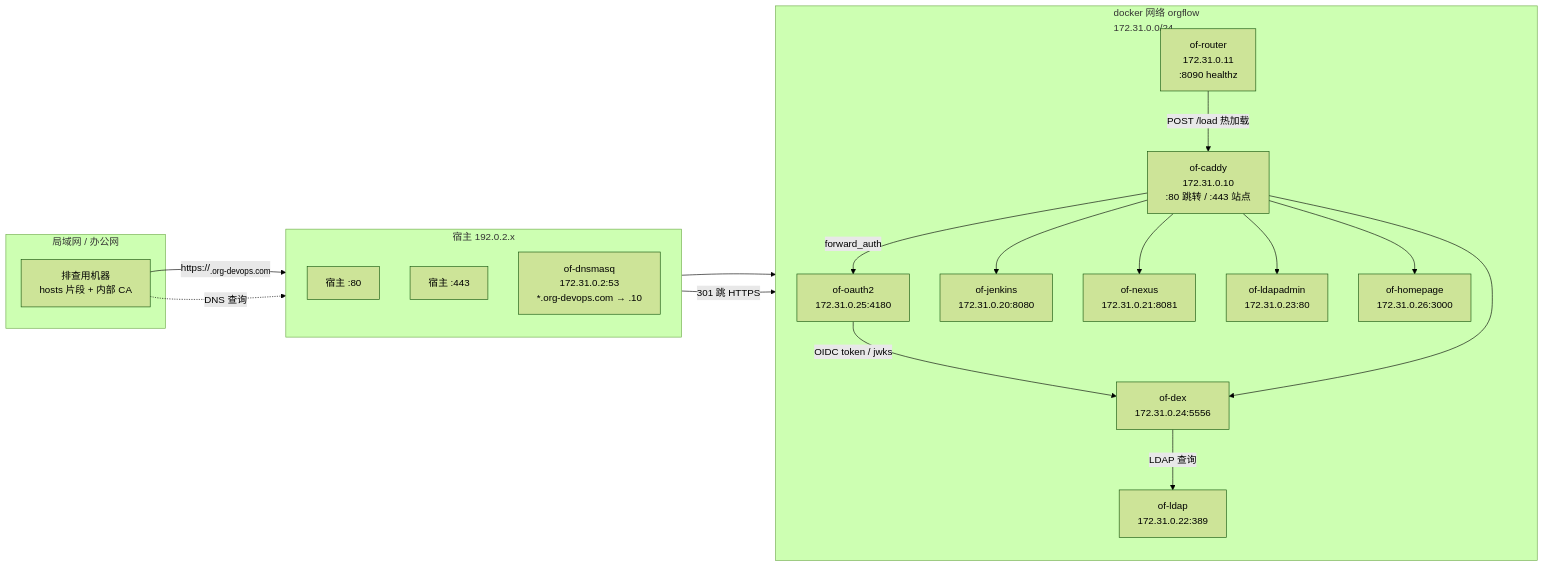
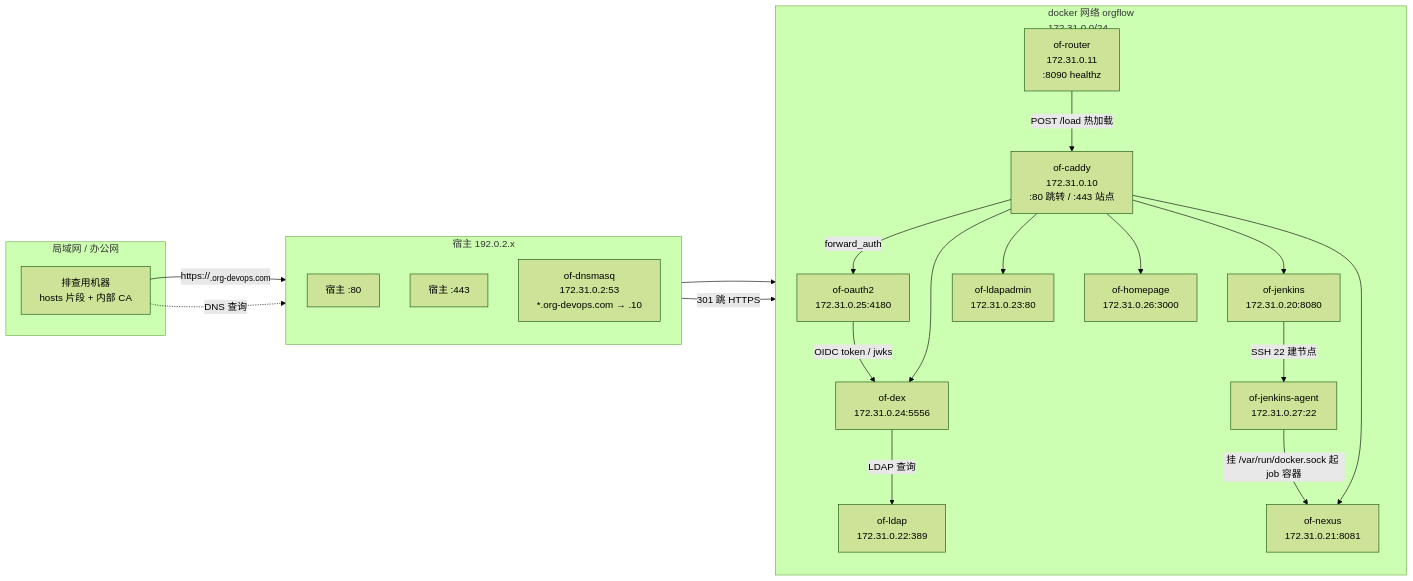
The first of 2 diagrams in docs/network/arch.md (zeek-zhao/orgflow-devops), drawn with Mermaid (forest theme) before and after one commit. The commit also changed other lines of this file and 7 other files, not shown here.

First line of the commit message:
fix(agent): 补 docker.sock 的 gid —— agent 的 SSH 用户是 jenkins 不是 root

````diff
--- a/docs/network/arch.md
+++ b/docs/network/arch.md
@@ -7,40 +7,43 @@
 ```mermaid
 flowchart LR
     subgraph LAN["局域网 / 办公网"]
         PC["排查用机器<br/>hosts 片段 + 内部 CA"]
     end
 
     subgraph HOST["宿主 192.0.2.x"]
         direction TB
         P80["宿主 :80"]
         P443["宿主 :443"]
         DNSMASQ["of-dnsmasq<br/>172.31.0.2:53<br/>*.org-devops.com → .10"]
     end
 
     subgraph NET["docker 网络 orgflow<br/>172.31.0.0/24"]
         direction TB
         CADDY["of-caddy<br/>172.31.0.10<br/>:80 跳转 / :443 站点"]
         ROUTER["of-router<br/>172.31.0.11<br/>:8090 healthz"]
         JENKINS["of-jenkins<br/>172.31.0.20:8080"]
+        AGENT["of-jenkins-agent<br/>172.31.0.27:22"]
         NEXUS["of-nexus<br/>172.31.0.21:8081"]
         LDAP["of-ldap<br/>172.31.0.22:389"]
         LDAPADMIN["of-ldapadmin<br/>172.31.0.23:80"]
         DEX["of-dex<br/>172.31.0.24:5556"]
         OAUTH["of-oauth2<br/>172.31.0.25:4180"]
         HOME["of-homepage<br/>172.31.0.26:3000"]
     end
 
     PC -->|"https://<sub>.org-devops.com"| P443
     PC -.->|"DNS 查询"| DNSMASQ
     P443 --> CADDY
     P80 -->|"301 跳 HTTPS"| CADDY
     ROUTER -->|"POST /load 热加载"| CADDY
     CADDY -->|"forward_auth"| OAUTH
     OAUTH -->|"OIDC token / jwks"| DEX
     DEX -->|"LDAP 查询"| LDAP
     CADDY --> JENKINS
+    JENKINS -->|"SSH 22 建节点"| AGENT
+    AGENT -->|"挂 /var/run/docker.sock 起 job 容器"| NEXUS
     CADDY --> NEXUS
     CADDY --> LDAPADMIN
     CADDY --> DEX
     CADDY --> HOME
 ```
````
